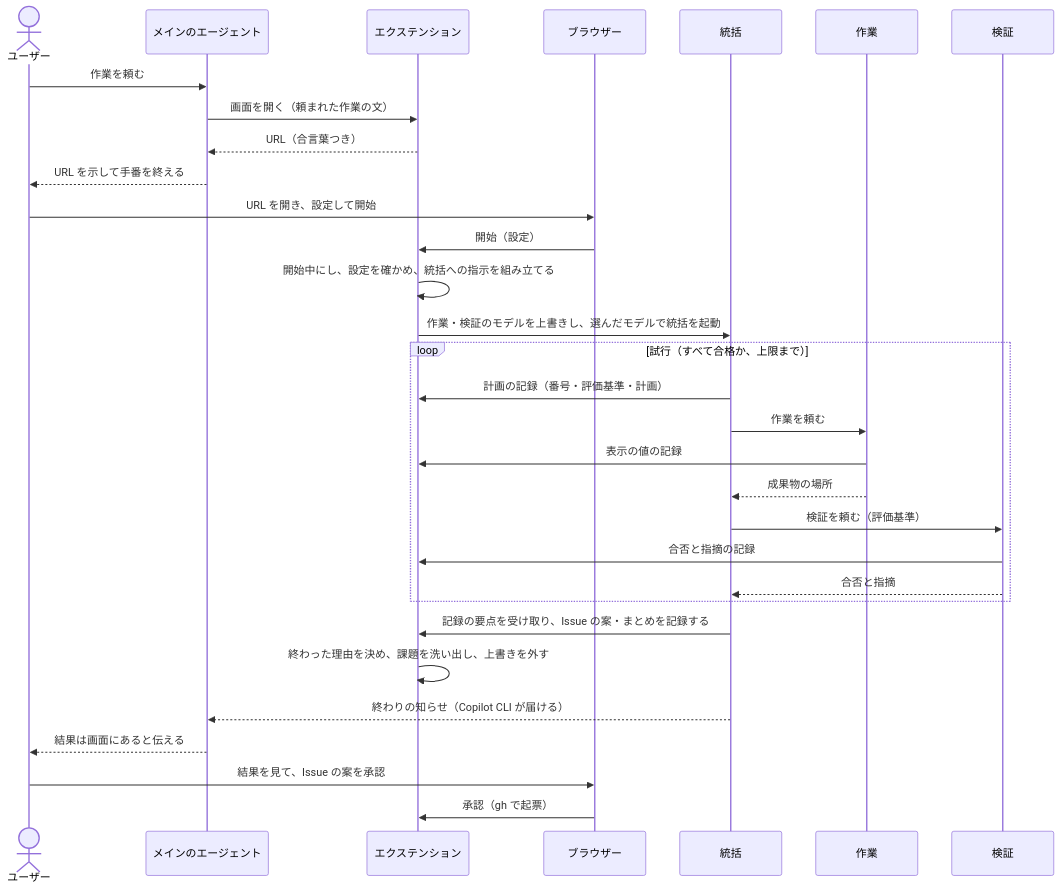
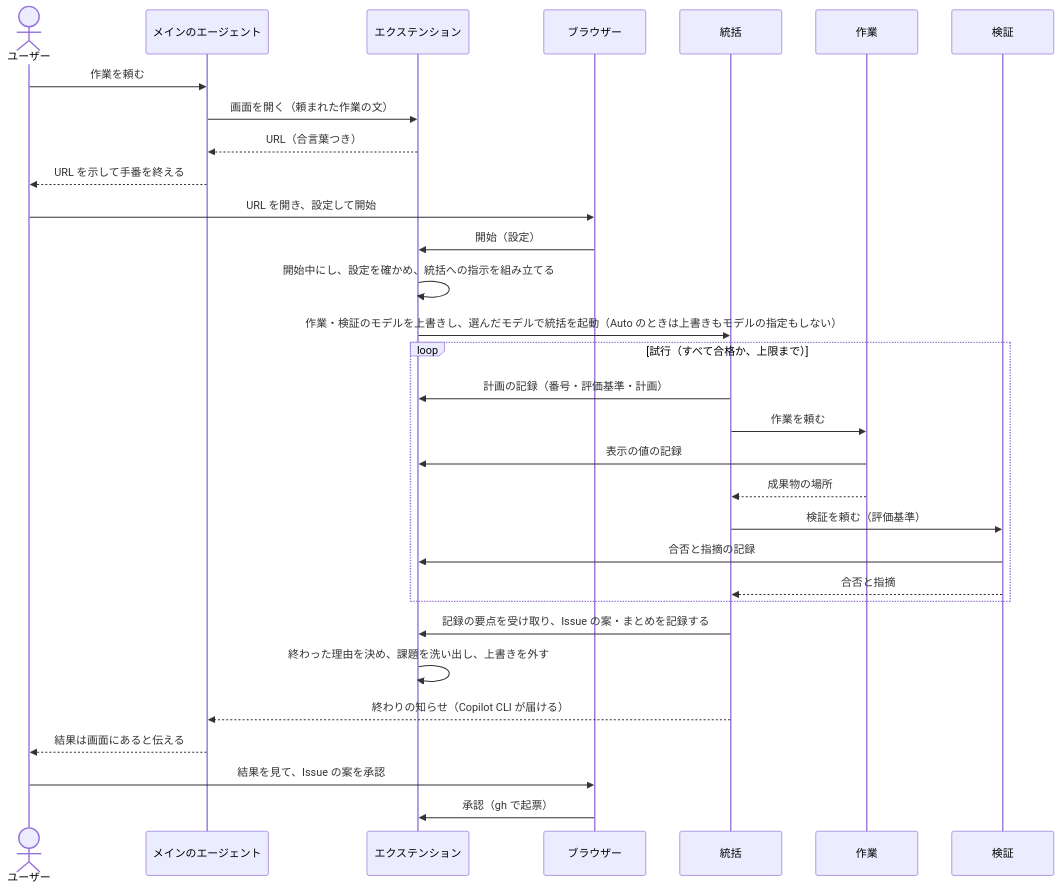
One commit to imaeda-hub/plugin-creater changed the second of 4 diagrams in docs/design/generated-plugin-structure.md. Above: the diagram before and after it, drawn with Mermaid. The commit also changed other lines of this file and 2 other files, not shown here.

````diff
--- a/docs/design/generated-plugin-structure.md
+++ b/docs/design/generated-plugin-structure.md
@@ -290,34 +288,34 @@
 ```mermaid
 sequenceDiagram
   actor U as ユーザー
   participant M as メインのエージェント
   participant E as エクステンション
   participant B as ブラウザー
   participant O as 統括
   participant W as 作業
   participant V as 検証
 
   U->>M: 作業を頼む
   M->>E: 画面を開く（頼まれた作業の文）
   E-->>M: URL（合言葉つき）
   M-->>U: URL を示して手番を終える
   U->>B: URL を開き、設定して開始
   B->>E: 開始（設定）
   E->>E: 開始中にし、設定を確かめ、統括への指示を組み立てる
-  E->>O: 作業・検証のモデルを上書きし、選んだモデルで統括を起動
+  E->>O: 作業・検証のモデルを上書きし、選んだモデルで統括を起動（Auto のときは上書きもモデルの指定もしない）
   loop 試行（すべて合格か、上限まで）
     O->>E: 計画の記録（番号・評価基準・計画）
     O->>W: 作業を頼む
     W->>E: 表示の値の記録
     W-->>O: 成果物の場所
     O->>V: 検証を頼む（評価基準）
     V->>E: 合否と指摘の記録
     V-->>O: 合否と指摘
   end
   O->>E: 記録の要点を受け取り、Issue の案・まとめを記録する
   E->>E: 終わった理由を決め、課題を洗い出し、上書きを外す
   O-->>M: 終わりの知らせ（Copilot CLI が届ける）
   M-->>U: 結果は画面にあると伝える
   U->>B: 結果を見て、Issue の案を承認
   B->>E: 承認（gh で起票）
 ```
````
